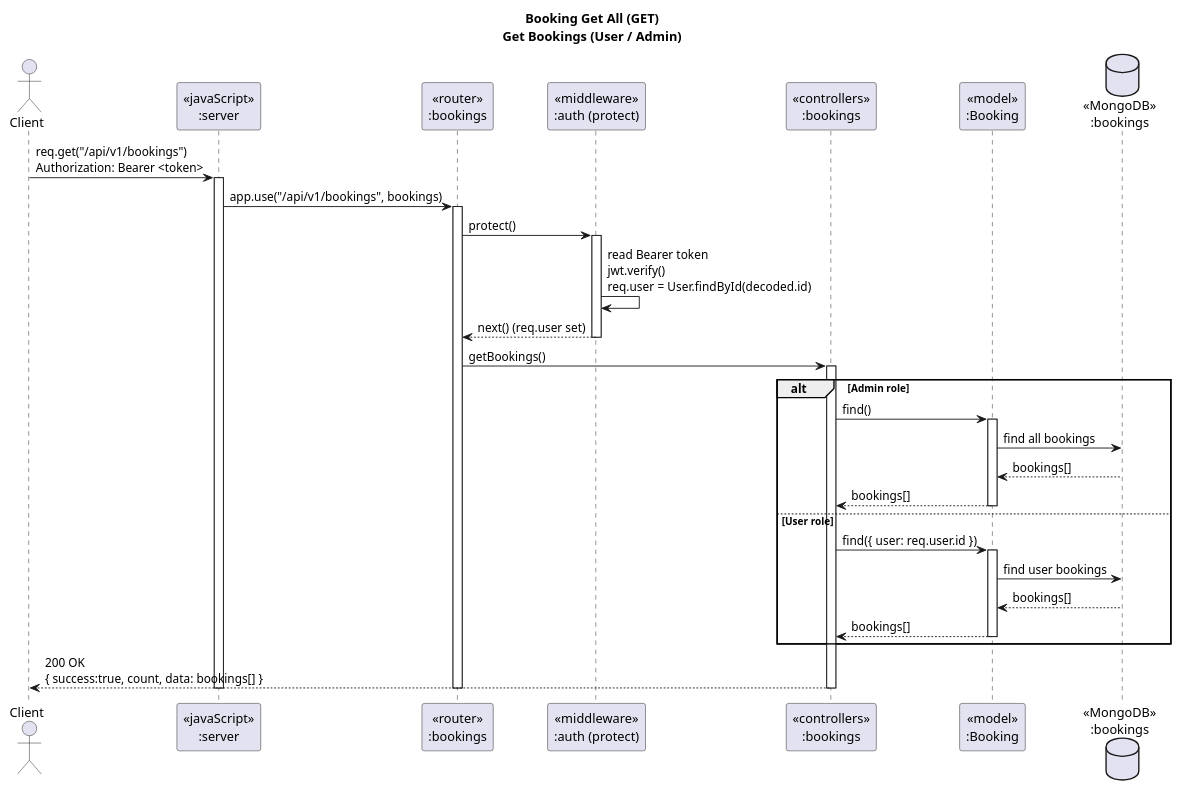
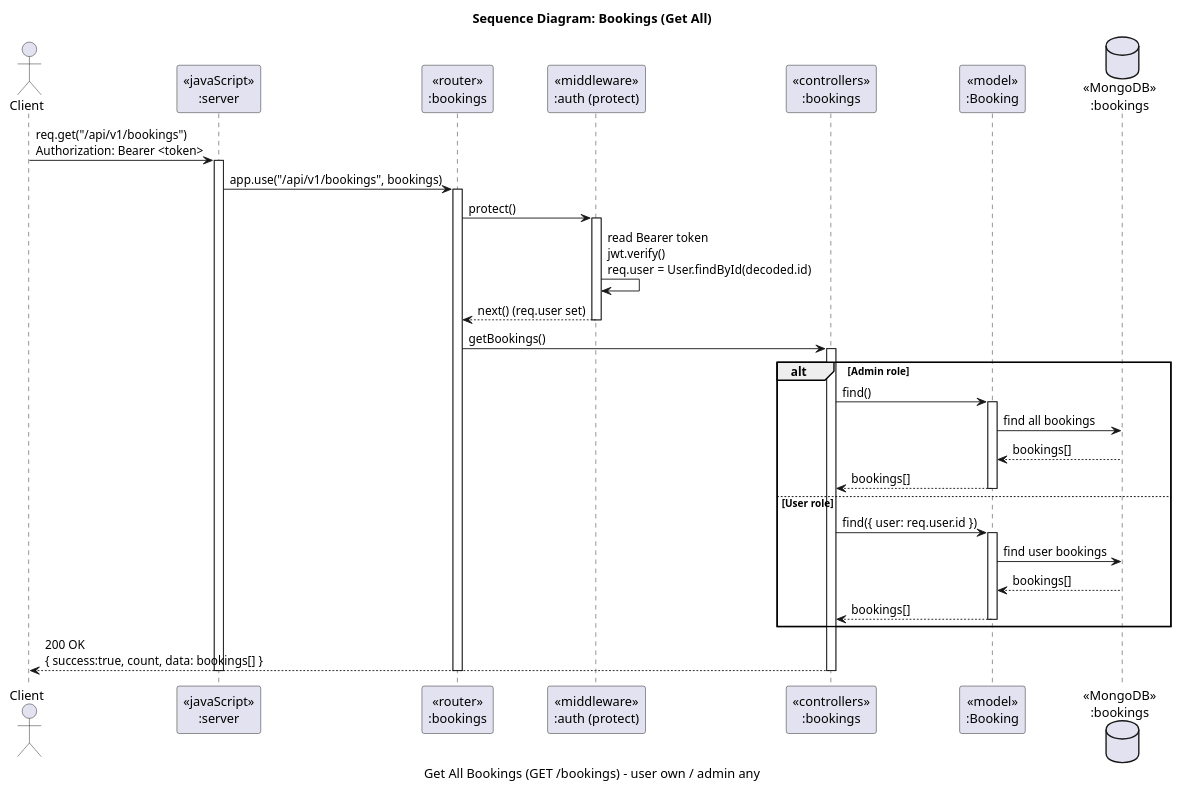
The diagram in uml/booking_get_all_sequence.puml (2110503-CEDT68/be-project-68-pratulang), drawn with PlantUML before and after one commit. The commit also changed 2 other files, not shown here.

Commit message:
normalize uml

```diff
--- a/uml/booking_get_all_sequence.puml
+++ b/uml/booking_get_all_sequence.puml
@@ -1,50 +1,51 @@
 @startuml
-title Booking Get All (GET)\nGet Bookings (User / Admin)
+title Sequence Diagram: Bookings (Get All)
+caption Get All Bookings (GET /bookings) - user own / admin any
 
 actor Client
 
 participant "«javaScript»\n:server" as Server
 participant "«router»\n:bookings" as RouterBookings
 participant "«middleware»\n:auth (protect)" as Protect
 participant "«controllers»\n:bookings" as BookingController
 participant "«model»\n:Booking" as BookingModel
 database "«MongoDB»\n:bookings" as MongoBookings
 
 Client -> Server : req.get("/api/v1/bookings")\nAuthorization: Bearer <token>
 activate Server
 
 Server -> RouterBookings : app.use("/api/v1/bookings", bookings)
 activate RouterBookings
 
 RouterBookings -> Protect : protect()
 activate Protect
 Protect -> Protect : read Bearer token\njwt.verify()\nreq.user = User.findById(decoded.id)
 Protect --> RouterBookings : next() (req.user set)
 deactivate Protect
 
 RouterBookings -> BookingController : getBookings()
 activate BookingController
 
 alt Admin role
     BookingController -> BookingModel : find()
     activate BookingModel
     BookingModel -> MongoBookings : find all bookings
     MongoBookings --> BookingModel : bookings[]
     BookingModel --> BookingController : bookings[]
     deactivate BookingModel
 else User role
     BookingController -> BookingModel : find({ user: req.user.id })
     activate BookingModel
     BookingModel -> MongoBookings : find user bookings
     MongoBookings --> BookingModel : bookings[]
     BookingModel --> BookingController : bookings[]
     deactivate BookingModel
 end
 
 BookingController --> Client : 200 OK\n{ success:true, count, data: bookings[] }
 
 deactivate BookingController
 deactivate RouterBookings
 deactivate Server
 
 @enduml
```
